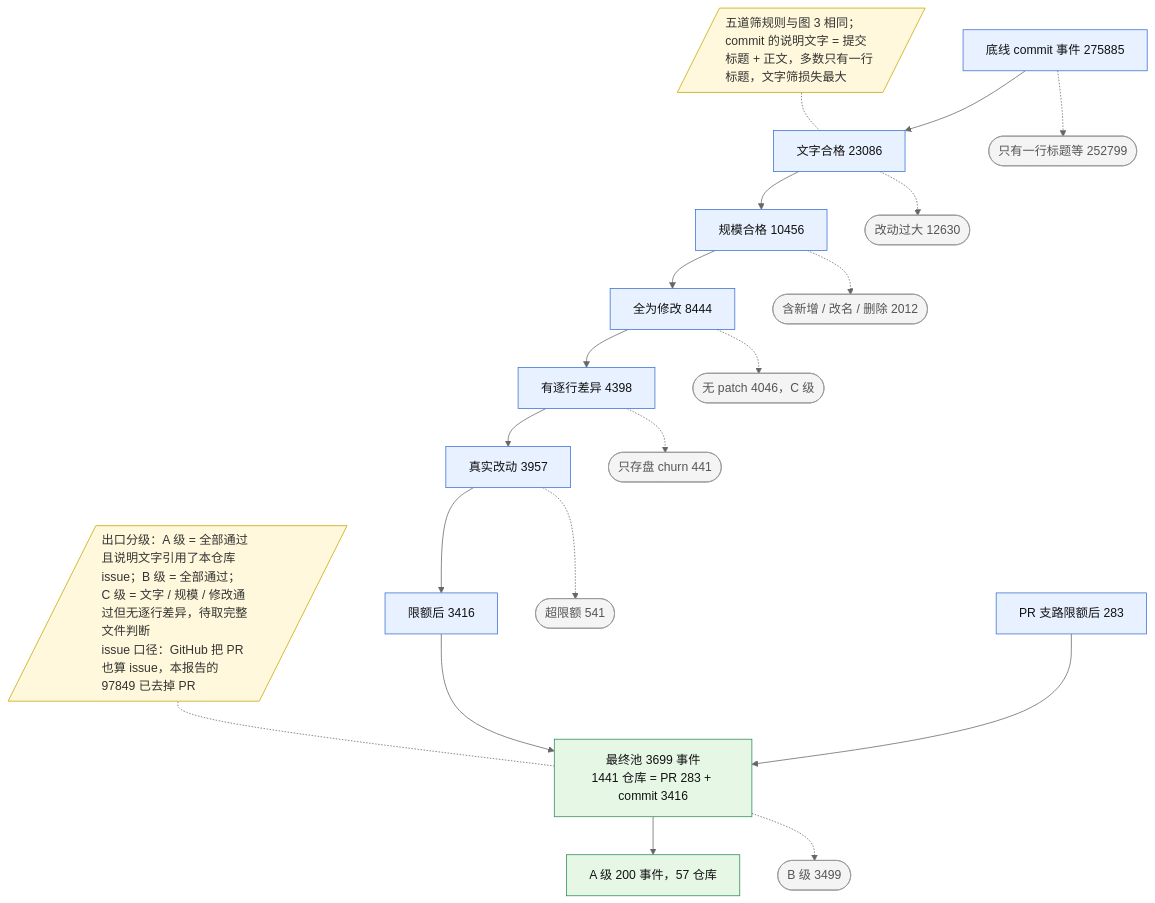
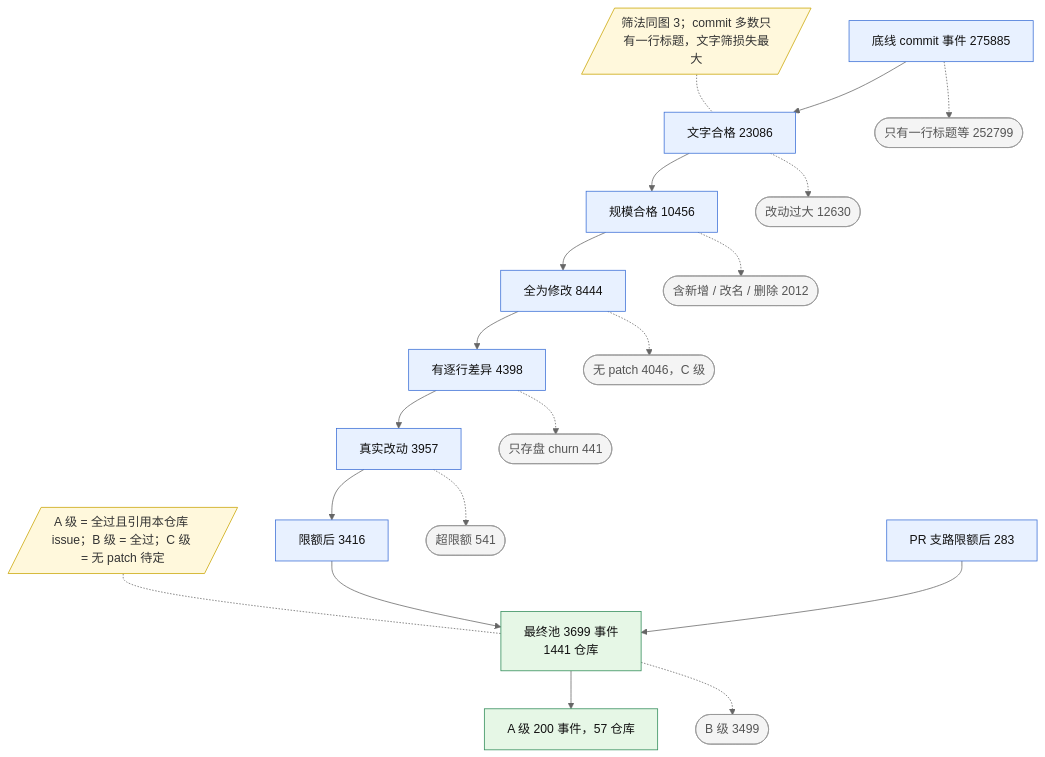
Before and after one commit to Xiafyjck/github_kicad_project_scout: the fifth of 5 diagrams in reports/progress_report.md, drawn with Mermaid (neutral theme). The commit also changed other lines of this file, not shown here.

Commit message:
reports: shorter diagram notes, add an unannotated overview sieve (figure 0)

````diff
--- a/reports/progress_report.md
+++ b/reports/progress_report.md
@@ -207,43 +244,43 @@
 ```mermaid
 flowchart TB
-    classDef note fill:#fff8dc,stroke:#c9a400,color:#333,text-align:left
+    classDef note fill:#fff8dc,stroke:#c9a400,color:#333
     classDef exit fill:#f4f4f4,stroke:#999,color:#555
     classDef keep fill:#e8f1ff,stroke:#3b6fd6,color:#111
     classDef final fill:#e6f7e6,stroke:#2e8b57,color:#111
 
-    Ng[/"五道筛规则与图 3 相同；commit 的说明文字 = 提交标题 + 正文，多数只有一行标题，文字筛损失最大"/]:::note
-    Nh[/"出口分级：A 级 = 全部通过且说明文字引用了本仓库 issue；B 级 = 全部通过；<br/>C 级 = 文字 / 规模 / 修改通过但无逐行差异，待取完整文件判断<br/>issue 口径：GitHub 把 PR 也算 issue，本报告的 97849 已去掉 PR"/]:::note
+    Ng[/"筛法同图 3；commit 多数只有一行标题，文字筛损失最大"/]:::note
+    Nh[/"A 级 = 全过且引用本仓库 issue；B 级 = 全过；C 级 = 无 patch 待定"/]:::note
 
     M3[底线 commit 事件 275885]:::keep
     M4[文字合格 23086]:::keep
     M5[规模合格 10456]:::keep
     M6[全为修改 8444]:::keep
     M7[有逐行差异 4398]:::keep
     M8[真实改动 3957]:::keep
     M9[限额后 3416]:::keep
     MX4([只有一行标题等 252799]):::exit
     MX5([改动过大 12630]):::exit
     MX6([含新增 / 改名 / 删除 2012]):::exit
     MX7([无 patch 4046，C 级]):::exit
     MX8([只存盘 churn 441]):::exit
     MX9([超限额 541]):::exit
 
     P9[PR 支路限额后 283]:::keep
-    F[最终池 3699 事件<br/>1441 仓库 = PR 283 + commit 3416]:::final
+    F[最终池 3699 事件<br/>1441 仓库]:::final
     G[A 级 200 事件，57 仓库]:::final
     FB([B 级 3499]):::exit
 
     Ng -.- M4
     M3 --> M4 --> M5 --> M6 --> M7 --> M8 --> M9
     M3 -.-> MX4
     M4 -.-> MX5
     M5 -.-> MX6
     M6 -.-> MX7
     M7 -.-> MX8
     M8 -.-> MX9
     Nh -.- F
     M9 --> F
     P9 --> F
     F --> G
     F -.-> FB
 ```
````
